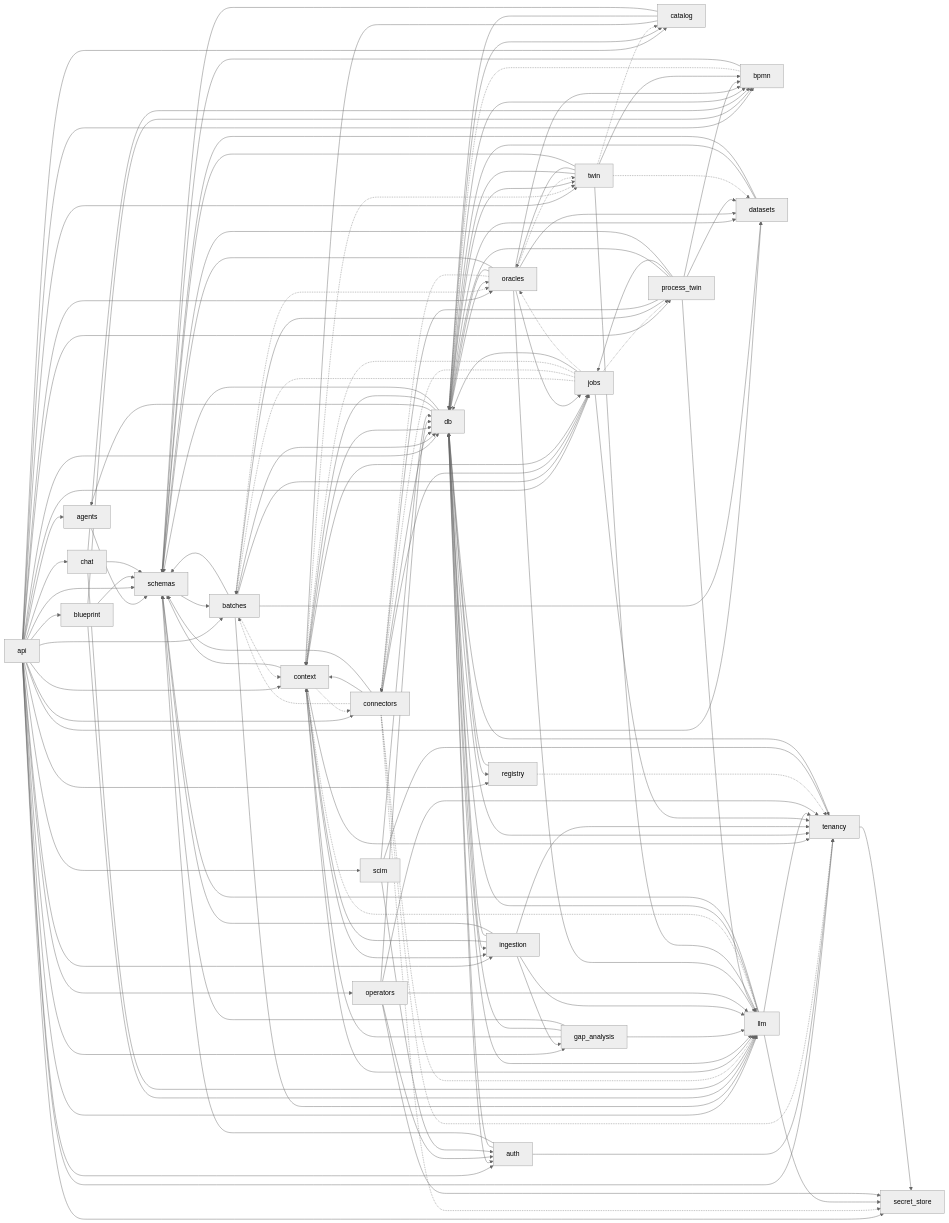
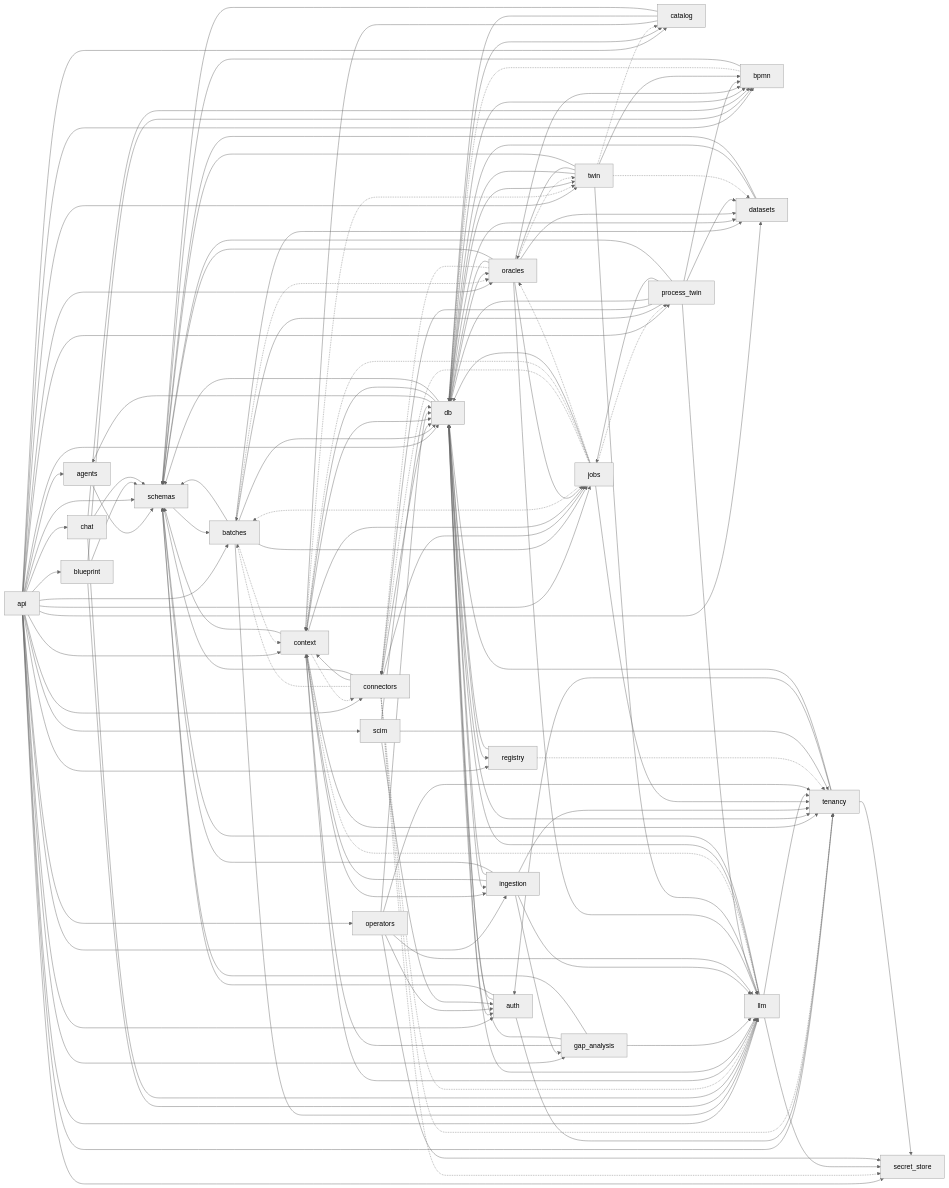
One commit to jayendukumar/agentify changed the third of 8 diagrams in docs/wiki/Architecture.md. Above: the diagram before and after it, drawn with Mermaid (neutral theme). The commit also changed other lines of this file and 26 other files, not shown here.

```diff
--- a/docs/wiki/Architecture.md
+++ b/docs/wiki/Architecture.md
@@ -249,6 +249,7 @@
     scim --> auth
     scim --> db
     scim --> tenancy
+    tenancy --> auth
     tenancy --> db
     tenancy --> secret_store
     twin --> bpmn
```
